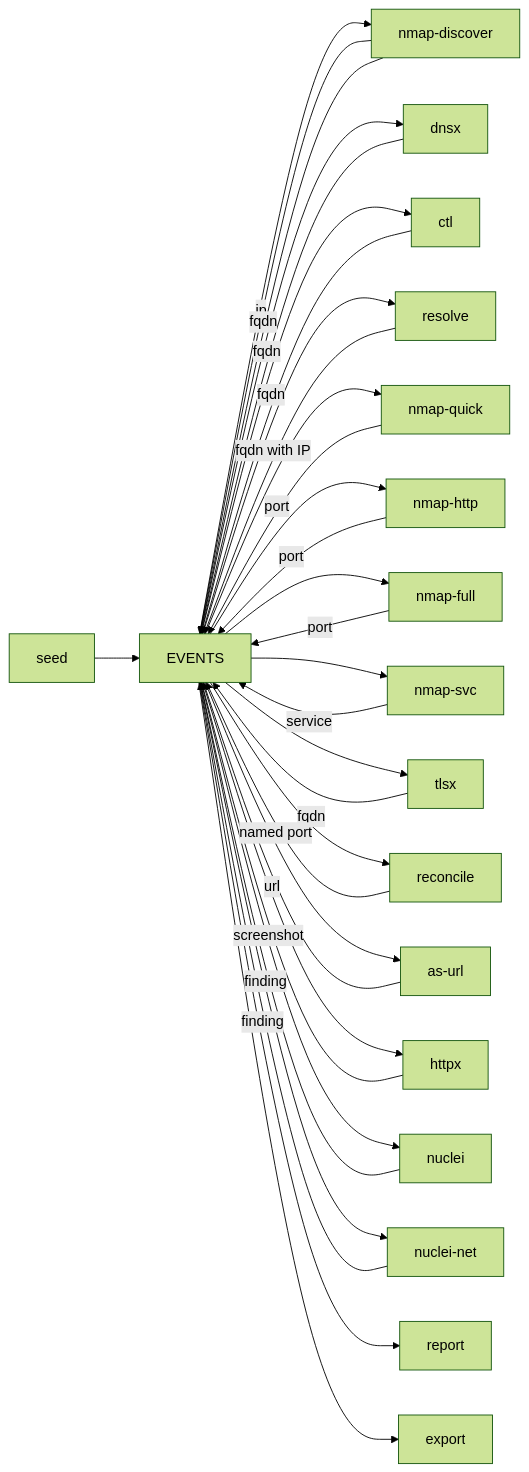
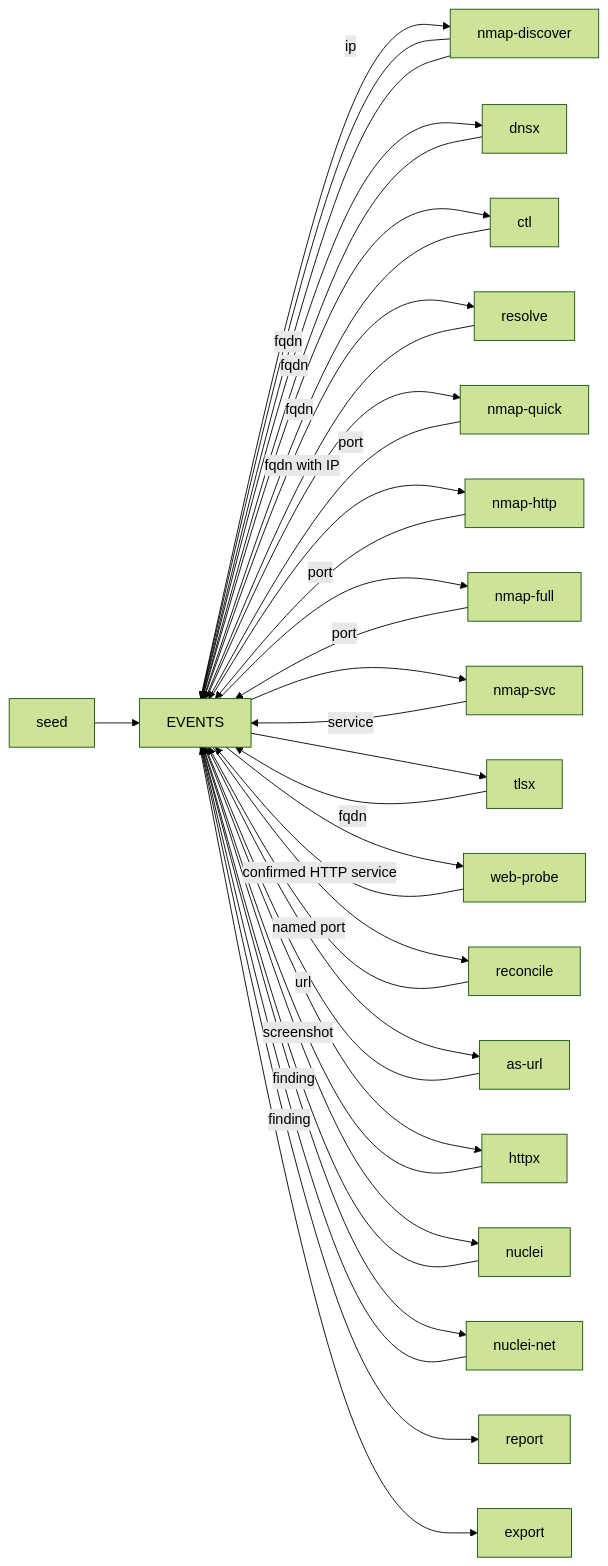
Before and after one commit to tomsteele/adama: the diagram in README.md, drawn with Mermaid (forest theme). The commit also changed other lines of this file and 33 other files, not shown here.

````diff
--- a/README.md
+++ b/README.md
@@ -7,35 +7,37 @@
 ```mermaid
 flowchart LR
   seed[seed] --> events[EVENTS]
   events --> nmapDiscover[nmap-discover]
   nmapDiscover -->|ip| events
   nmapDiscover -->|fqdn| events
   events --> dnsx
   events --> ctl
   events --> resolve
   resolve -->|fqdn with IP| events
   dnsx -->|fqdn| events
   ctl -->|fqdn| events
   events --> nmapQuick[nmap-quick]
   events --> nmapHttp[nmap-http]
   events --> nmapFull[nmap-full]
   nmapQuick -->|port| events
   nmapHttp -->|port| events
   nmapFull -->|port| events
   events --> nmapSvc[nmap-svc]
   events --> tlsx
   nmapSvc -->|service| events
+  events --> webProbe[web-probe]
+  webProbe -->|confirmed HTTP service| events
   tlsx -->|fqdn| events
   events --> reconcile
   reconcile -->|named port| events
   events --> asUrl[as-url]
   asUrl -->|url| events
   events --> httpx
   events --> nuclei
   events --> nucleiNet[nuclei-net]
   httpx -->|screenshot| events
   nuclei -->|finding| events
   nucleiNet -->|finding| events
   events --> report
   events --> export
 ```
````
